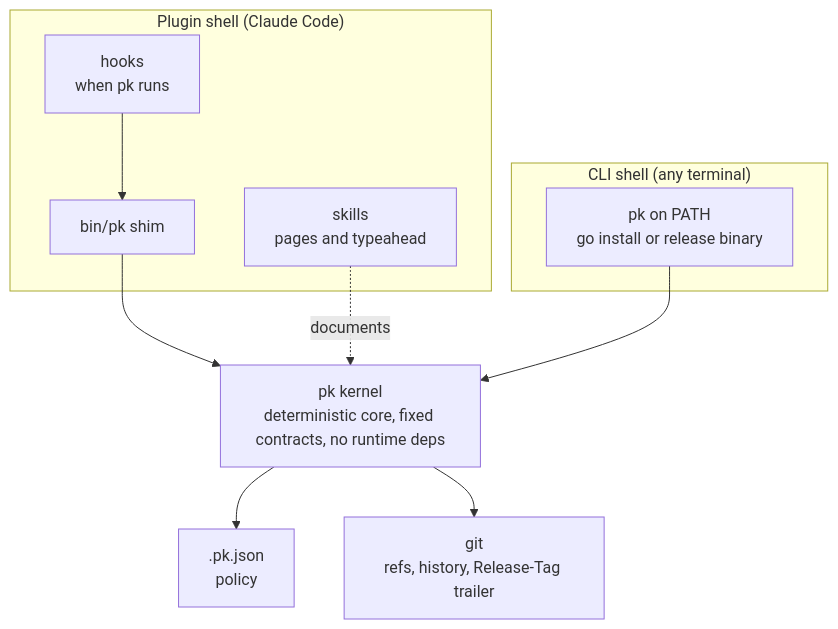
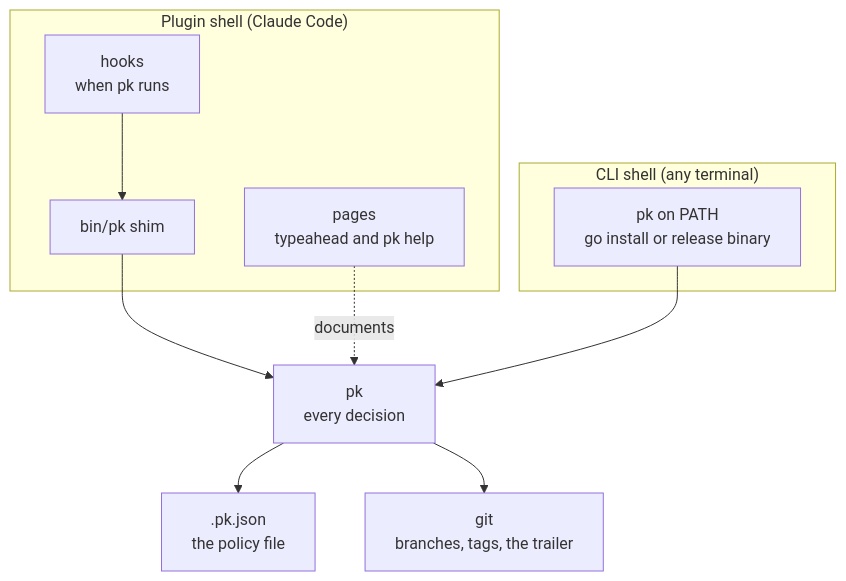
One commit to markwharton/plankit changed the diagram in docs/architecture.md. Above: the diagram before and after it, drawn with Mermaid. The commit also changed other lines of this file and 58 other files, not shown here.

````diff
--- a/docs/architecture.md
+++ b/docs/architecture.md
@@ -21,19 +22,19 @@
 ```mermaid
 flowchart TB
   subgraph plugin["Plugin shell (Claude Code)"]
     hooks["hooks<br/>when pk runs"]
-    skills["skills<br/>pages and typeahead"]
+    skills["pages<br/>typeahead and pk help"]
     shim["bin/pk shim"]
   end
   subgraph cli["CLI shell (any terminal)"]
     term["pk on PATH<br/>go install or release binary"]
   end
-  kernel["pk kernel<br/>deterministic core, fixed contracts, no runtime deps"]
-  cfg[".pk.json<br/>policy"]
-  git["git<br/>refs, history, Release-Tag trailer"]
+  kernel["pk<br/>every decision"]
+  cfg[".pk.json<br/>the policy file"]
+  git["git<br/>branches, tags, the trailer"]
   hooks --> shim --> kernel
   skills -. documents .-> kernel
   term --> kernel
   kernel --> cfg
   kernel --> git
 ```
````
